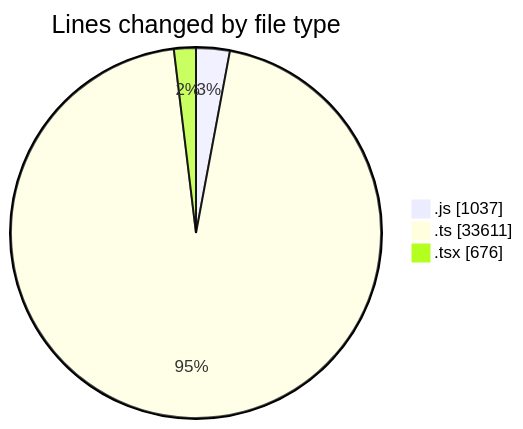
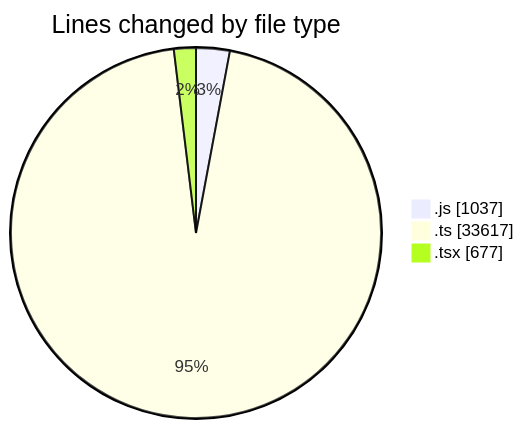
The first of 2 diagrams in 2026-10-06/cda/README.md (momahboobian/code-tracking), drawn with Mermaid before and after one commit. The commit also changed other lines of this file and 1 other file, not shown here.

````diff
--- a/2026-10-06/cda/README.md
+++ b/2026-10-06/cda/README.md
@@ -37,7 +37,7 @@
 ```mermaid
 pie showData
 title Lines changed by file type
 ".js" : 1037
-".ts" : 33611
-".tsx" : 676
+".ts" : 33617
+".tsx" : 677
 ```
````
